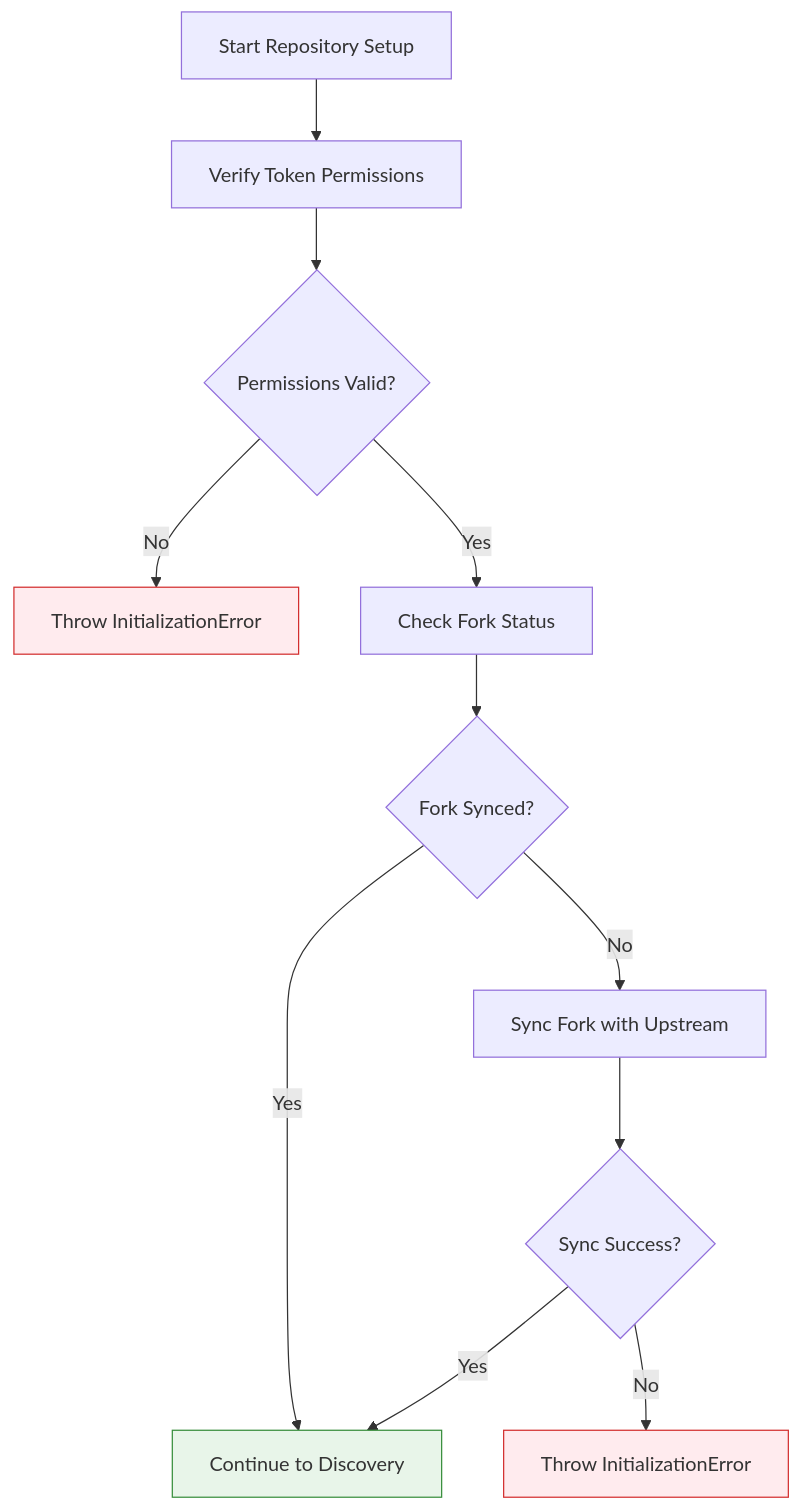
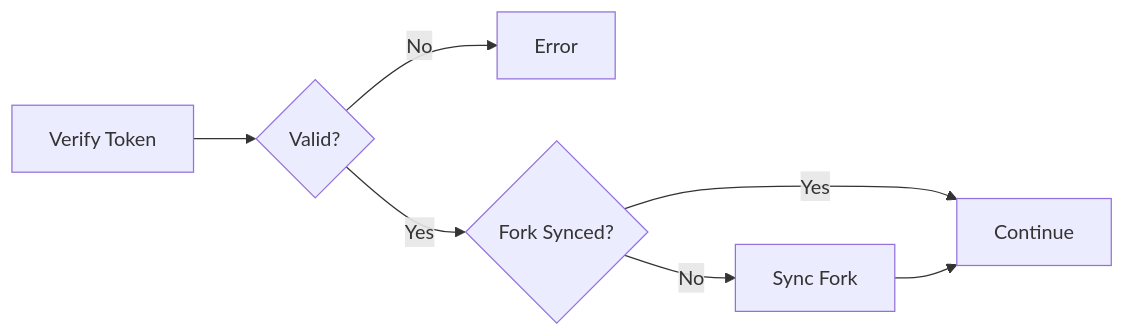
The second of 8 diagrams in docs/WORKFLOW.md (NivaldoFarias/translate-react), drawn with Mermaid before and after one commit. The commit also changed other lines of this file and 3 other files, not shown here.

````diff
--- a/docs/WORKFLOW.md
+++ b/docs/WORKFLOW.md
@@ -130,19 +65,8 @@
 ```mermaid
-flowchart TD
-    A[Start Repository Setup] --> B[Verify Token Permissions]
-    B --> C{Permissions Valid?}
-    C -->|No| D[Throw InitializationError]
-    C -->|Yes| E[Check Fork Status]
-
-    E --> F{Fork Synced?}
-    F -->|Yes| G[Continue to Discovery]
-    F -->|No| H[Sync Fork with Upstream]
-
-    H --> I{Sync Success?}
-    I -->|No| J[Throw InitializationError]
-    I -->|Yes| G
-
-    style D fill:#ffebee,stroke:#d32f2f
-    style J fill:#ffebee,stroke:#d32f2f
-    style G fill:#e8f5e9,stroke:#388e3c
+flowchart LR
+    A[Verify Token] --> B{Valid?}
+    B -->|No| C[Error]
+    B -->|Yes| D{Fork Synced?}
+    D -->|Yes| E[Continue]
+    D -->|No| F[Sync Fork] --> E
 ```
````
